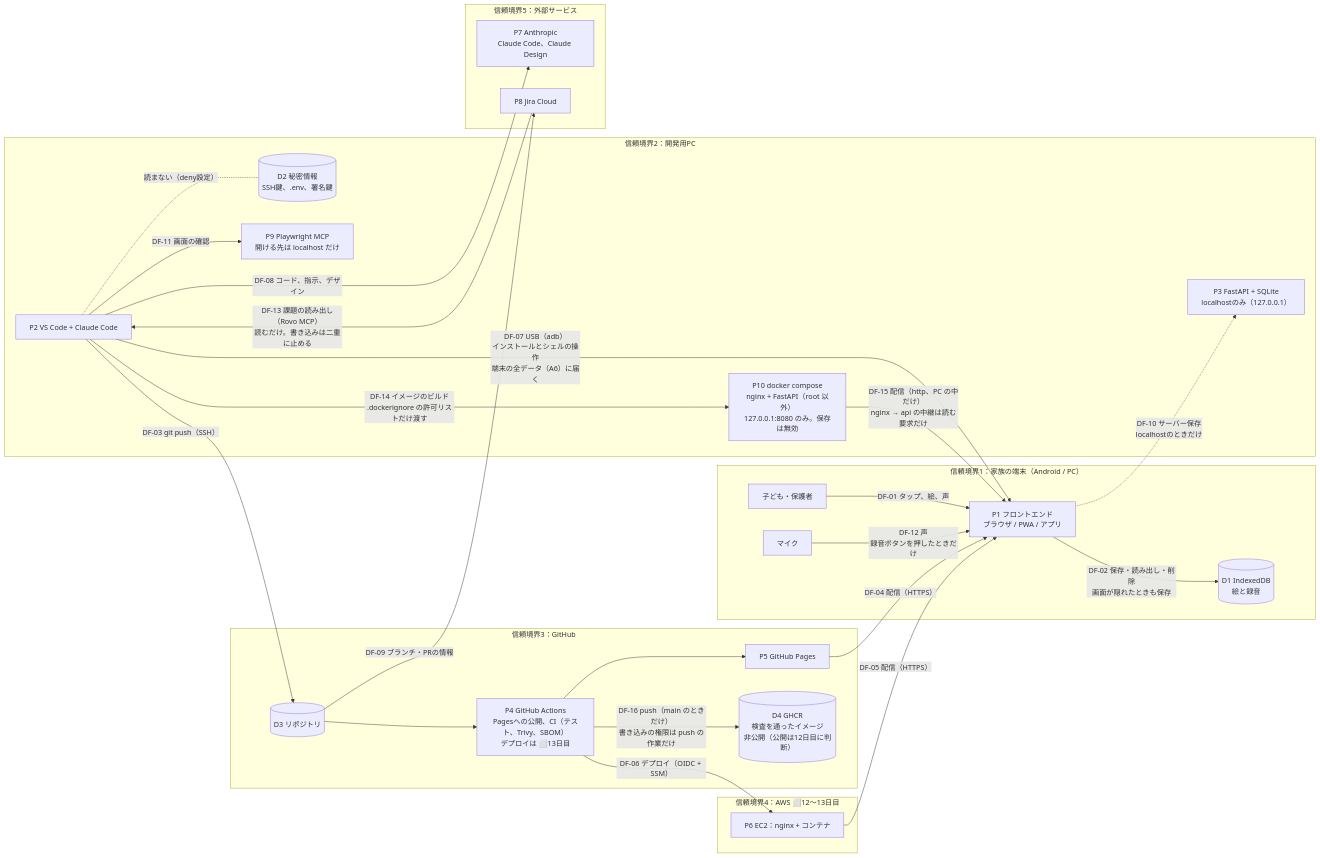
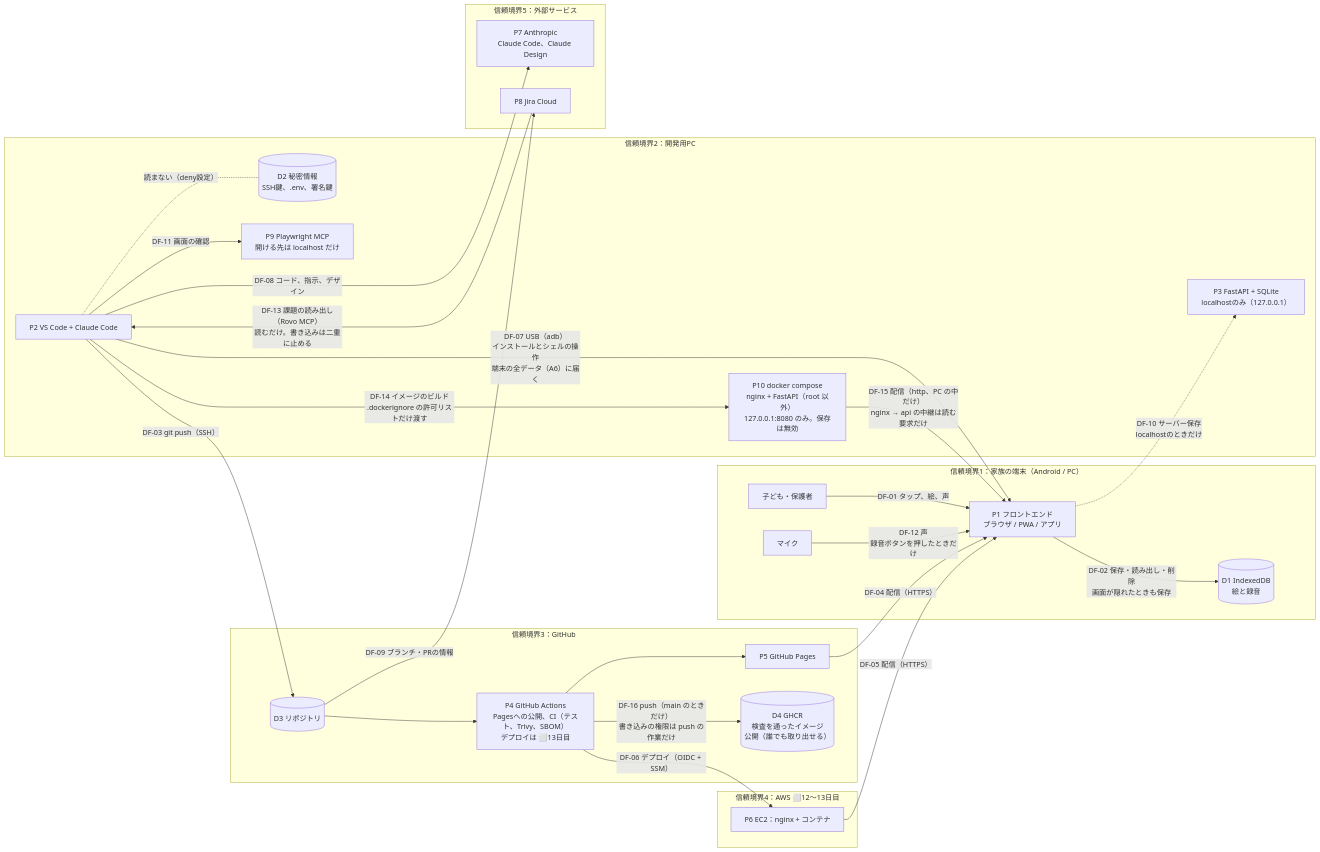
One commit to Hayato-F110/kids-play changed the diagram in docs/security/threat-model.md. Above: the diagram before and after it, drawn with Mermaid. The commit also changed other lines of this file and 1 other file, not shown here.

Commit message:
KIDS-38 docs: GHCR のパッケージは公開になったので、脅威分析と構成図を事実に合わせる

````diff
--- a/docs/security/threat-model.md
+++ b/docs/security/threat-model.md
@@ -24,52 +24,52 @@
 ```mermaid
 flowchart LR
     subgraph TB1["信頼境界1：家族の端末（Android / PC）"]
         child["子ども・保護者"]
         ui["P1 フロントエンド<br>ブラウザ / PWA / アプリ"]
         mic["マイク"]
         idb[("D1 IndexedDB<br>絵と録音")]
         child -- "DF-01 タップ、絵、声" --> ui
         mic -- "DF-12 声<br>録音ボタンを押したときだけ" --> ui
         ui -- "DF-02 保存・読み出し・削除<br>画面が隠れたときも保存" --> idb
     end
 
     subgraph TB2["信頼境界2：開発用PC"]
         dev["P2 VS Code + Claude Code"]
         secrets[("D2 秘密情報<br>SSH鍵、.env、署名鍵")]
         localapi["P3 FastAPI + SQLite<br>localhostのみ（127.0.0.1）"]
         mcp["P9 Playwright MCP<br>開ける先は localhost だけ"]
         compose["P10 docker compose<br>nginx + FastAPI（root 以外）<br>127.0.0.1:8080 のみ。保存は無効"]
         dev -. "読まない（deny設定）" .- secrets
         dev -- "DF-11 画面の確認" --> mcp
         dev -- "DF-14 イメージのビルド<br>.dockerignore の許可リストだけ渡す" --> compose
     end
 
     subgraph TB3["信頼境界3：GitHub"]
         repo[("D3 リポジトリ")]
         actions["P4 GitHub Actions<br>Pagesへの公開、CI（テスト、Trivy、SBOM）<br>デプロイは ⬜13日目"]
         pages["P5 GitHub Pages"]
-        ghcr[("D4 GHCR<br>検査を通ったイメージ<br>非公開（公開は12日目に判断）")]
+        ghcr[("D4 GHCR<br>検査を通ったイメージ<br>公開（誰でも取り出せる）")]
         repo --> actions --> pages
         actions -- "DF-16 push（main のときだけ）<br>書き込みの権限は push の作業だけ" --> ghcr
     end
 
     subgraph TB4["信頼境界4：AWS ⬜12〜13日目"]
         ec2["P6 EC2：nginx + コンテナ"]
     end
 
     subgraph TB5["信頼境界5：外部サービス"]
         claude["P7 Anthropic<br>Claude Code、Claude Design"]
         jira["P8 Jira Cloud"]
     end
 
     dev -- "DF-03 git push（SSH）" --> repo
     pages -- "DF-04 配信（HTTPS）" --> ui
     ec2 -- "DF-05 配信（HTTPS）" --> ui
     actions -- "DF-06 デプロイ（OIDC + SSM）" --> ec2
     dev -- "DF-07 USB（adb）<br>インストールとシェルの操作<br>端末の全データ（A6）に届く" --> ui
     dev -- "DF-08 コード、指示、デザイン" --> claude
     repo -- "DF-09 ブランチ・PRの情報" --> jira
     ui -. "DF-10 サーバー保存<br>localhostのときだけ" .-> localapi
     compose -- "DF-15 配信（http、PC の中だけ）<br>nginx → api の中継は読む要求だけ" --> ui
     jira -- "DF-13 課題の読み出し（Rovo MCP）<br>読むだけ。書き込みは二重に止める" --> dev
 ```
````
